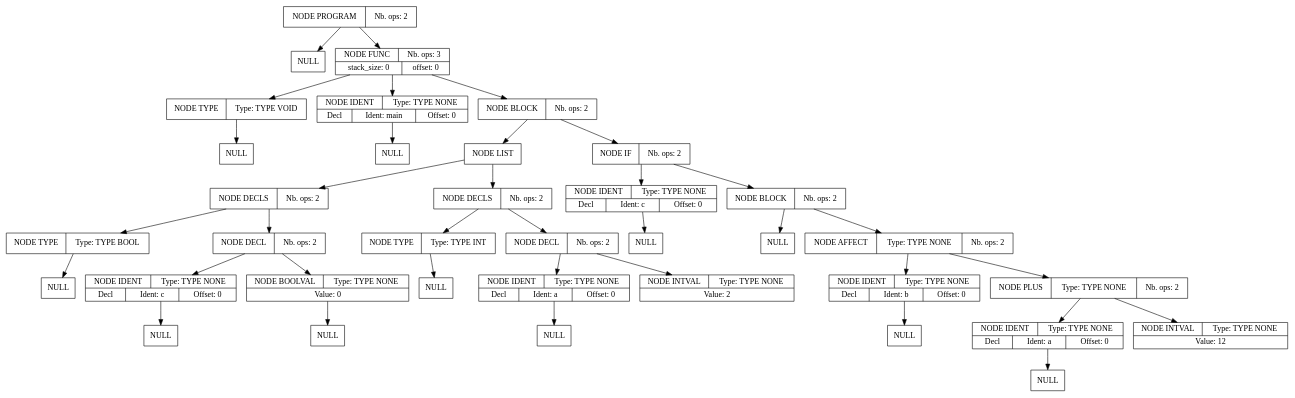
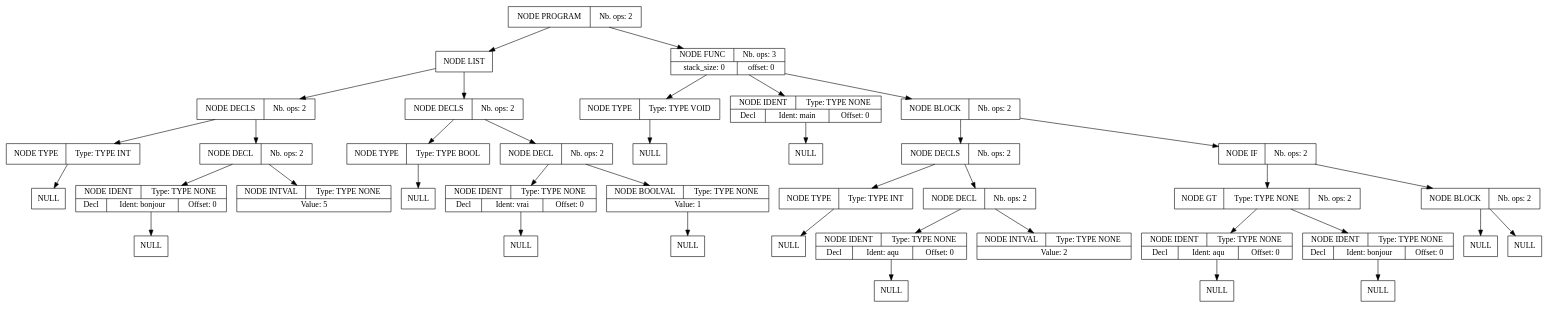
One commit to Harian-Elyoth/CompilateurMiniC changed the diagram in src/arbre_du_program.dot. Above: the diagram before and after it, drawn with Graphviz. The commit also changed 22 other files, not shown here.

```diff
--- a/src/arbre_du_program.dot
+++ b/src/arbre_du_program.dot
@@ -1,108 +1,117 @@
 digraph global_vars {
     N1 [shape=record, label="{{NODE PROGRAM|Nb. ops: 2}}"];
-    N2 [shape=record, label="{{NULL}}"];
-    edge[tailclip=true];
-    N1 -> N2
-    N3 [shape=record, label="{{NODE FUNC|Nb. ops: 3}|{stack_size: 0|offset: 0}}"];
-    N4 [shape=record, label="{{NODE TYPE|Type: TYPE VOID}}"];
+    N2 [shape=record, label="{{NODE LIST}}"];
+    N3 [shape=record, label="{{NODE DECLS|Nb. ops: 2}}"];
+    N4 [shape=record, label="{{NODE TYPE|Type: TYPE INT}}"];
     N5 [shape=record, label="{{NULL}}"];
     edge[tailclip=true];
     N4 -> N5
     edge[tailclip=true];
     N3 -> N4
-    N6 [shape=record, label="{{NODE IDENT|Type: TYPE NONE}|{<decl>Decl      |Ident: main|Offset: 0}}"];
-    N7 [shape=record, label="{{NULL}}"];
+    N6 [shape=record, label="{{NODE DECL|Nb. ops: 2}}"];
+    N7 [shape=record, label="{{NODE IDENT|Type: TYPE NONE}|{<decl>Decl      |Ident: bonjour|Offset: 0}}"];
+    N8 [shape=record, label="{{NULL}}"];
+    edge[tailclip=true];
+    N7 -> N8
     edge[tailclip=true];
     N6 -> N7
+    N9 [shape=record, label="{{NODE INTVAL|Type: TYPE NONE}|{Value: 5}}"];
+    edge[tailclip=true];
+    N6 -> N9
     edge[tailclip=true];
     N3 -> N6
-    N8 [shape=record, label="{{NODE BLOCK|Nb. ops: 2}}"];
-    N9 [shape=record, label="{{NODE LIST}}"];
+    edge[tailclip=true];
+    N2 -> N3
     N10 [shape=record, label="{{NODE DECLS|Nb. ops: 2}}"];
     N11 [shape=record, label="{{NODE TYPE|Type: TYPE BOOL}}"];
     N12 [shape=record, label="{{NULL}}"];
     edge[tailclip=true];
     N11 -> N12
     edge[tailclip=true];
     N10 -> N11
     N13 [shape=record, label="{{NODE DECL|Nb. ops: 2}}"];
-    N14 [shape=record, label="{{NODE IDENT|Type: TYPE NONE}|{<decl>Decl      |Ident: c|Offset: 0}}"];
+    N14 [shape=record, label="{{NODE IDENT|Type: TYPE NONE}|{<decl>Decl      |Ident: vrai|Offset: 0}}"];
     N15 [shape=record, label="{{NULL}}"];
     edge[tailclip=true];
     N14 -> N15
     edge[tailclip=true];
     N13 -> N14
-    N16 [shape=record, label="{{NODE BOOLVAL|Type: TYPE NONE}|{Value: 0}}"];
+    N16 [shape=record, label="{{NODE BOOLVAL|Type: TYPE NONE}|{Value: 1}}"];
     N17 [shape=record, label="{{NULL}}"];
     edge[tailclip=true];
     N16 -> N17
     edge[tailclip=true];
     N13 -> N16
     edge[tailclip=true];
     N10 -> N13
     edge[tailclip=true];
-    N9 -> N10
-    N18 [shape=record, label="{{NODE DECLS|Nb. ops: 2}}"];
-    N19 [shape=record, label="{{NODE TYPE|Type: TYPE INT}}"];
+    N2 -> N10
+    edge[tailclip=true];
+    N1 -> N2
+    N18 [shape=record, label="{{NODE FUNC|Nb. ops: 3}|{stack_size: 0|offset: 0}}"];
+    N19 [shape=record, label="{{NODE TYPE|Type: TYPE VOID}}"];
     N20 [shape=record, label="{{NULL}}"];
     edge[tailclip=true];
     N19 -> N20
     edge[tailclip=true];
     N18 -> N19
-    N21 [shape=record, label="{{NODE DECL|Nb. ops: 2}}"];
-    N22 [shape=record, label="{{NODE IDENT|Type: TYPE NONE}|{<decl>Decl      |Ident: a|Offset: 0}}"];
-    N23 [shape=record, label="{{NULL}}"];
-    edge[tailclip=true];
-    N22 -> N23
+    N21 [shape=record, label="{{NODE IDENT|Type: TYPE NONE}|{<decl>Decl      |Ident: main|Offset: 0}}"];
+    N22 [shape=record, label="{{NULL}}"];
     edge[tailclip=true];
     N21 -> N22
-    N24 [shape=record, label="{{NODE INTVAL|Type: TYPE NONE}|{Value: 2}}"];
-    edge[tailclip=true];
-    N21 -> N24
     edge[tailclip=true];
     N18 -> N21
-    edge[tailclip=true];
-    N9 -> N18
-    edge[tailclip=true];
-    N8 -> N9
-    N25 [shape=record, label="{{NODE IF|Nb. ops: 2}}"];
-    N26 [shape=record, label="{{NODE IDENT|Type: TYPE NONE}|{<decl>Decl      |Ident: c|Offset: 0}}"];
-    N27 [shape=record, label="{{NULL}}"];
-    edge[tailclip=true];
-    N26 -> N27
+    N23 [shape=record, label="{{NODE BLOCK|Nb. ops: 2}}"];
+    N24 [shape=record, label="{{NODE DECLS|Nb. ops: 2}}"];
+    N25 [shape=record, label="{{NODE TYPE|Type: TYPE INT}}"];
+    N26 [shape=record, label="{{NULL}}"];
     edge[tailclip=true];
     N25 -> N26
-    N28 [shape=record, label="{{NODE BLOCK|Nb. ops: 2}}"];
+    edge[tailclip=true];
+    N24 -> N25
+    N27 [shape=record, label="{{NODE DECL|Nb. ops: 2}}"];
+    N28 [shape=record, label="{{NODE IDENT|Type: TYPE NONE}|{<decl>Decl      |Ident: aqu|Offset: 0}}"];
     N29 [shape=record, label="{{NULL}}"];
     edge[tailclip=true];
     N28 -> N29
-    N30 [shape=record, label="{{NODE AFFECT|Type: TYPE NONE|Nb. ops: 2}}"];
-    N31 [shape=record, label="{{NODE IDENT|Type: TYPE NONE}|{<decl>Decl      |Ident: b|Offset: 0}}"];
-    N32 [shape=record, label="{{NULL}}"];
+    edge[tailclip=true];
+    N27 -> N28
+    N30 [shape=record, label="{{NODE INTVAL|Type: TYPE NONE}|{Value: 2}}"];
+    edge[tailclip=true];
+    N27 -> N30
+    edge[tailclip=true];
+    N24 -> N27
+    edge[tailclip=true];
+    N23 -> N24
+    N31 [shape=record, label="{{NODE IF|Nb. ops: 2}}"];
+    N32 [shape=record, label="{{NODE GT|Type: TYPE NONE|Nb. ops: 2}}"];
+    N33 [shape=record, label="{{NODE IDENT|Type: TYPE NONE}|{<decl>Decl      |Ident: aqu|Offset: 0}}"];
+    N34 [shape=record, label="{{NULL}}"];
+    edge[tailclip=true];
+    N33 -> N34
+    edge[tailclip=true];
+    N32 -> N33
+    N35 [shape=record, label="{{NODE IDENT|Type: TYPE NONE}|{<decl>Decl      |Ident: bonjour|Offset: 0}}"];
+    N36 [shape=record, label="{{NULL}}"];
+    edge[tailclip=true];
+    N35 -> N36
+    edge[tailclip=true];
+    N32 -> N35
     edge[tailclip=true];
     N31 -> N32
+    N37 [shape=record, label="{{NODE BLOCK|Nb. ops: 2}}"];
+    N38 [shape=record, label="{{NULL}}"];
     edge[tailclip=true];
-    N30 -> N31
-    N33 [shape=record, label="{{NODE PLUS|Type: TYPE NONE|Nb. ops: 2}}"];
-    N34 [shape=record, label="{{NODE IDENT|Type: TYPE NONE}|{<decl>Decl      |Ident: a|Offset: 0}}"];
-    N35 [shape=record, label="{{NULL}}"];
+    N37 -> N38
+    N39 [shape=record, label="{{NULL}}"];
     edge[tailclip=true];
-    N34 -> N35
+    N37 -> N39
     edge[tailclip=true];
-    N33 -> N34
-    N36 [shape=record, label="{{NODE INTVAL|Type: TYPE NONE}|{Value: 12}}"];
+    N31 -> N37
     edge[tailclip=true];
-    N33 -> N36
+    N23 -> N31
     edge[tailclip=true];
-    N30 -> N33
+    N18 -> N23
     edge[tailclip=true];
-    N28 -> N30
-    edge[tailclip=true];
-    N25 -> N28
-    edge[tailclip=true];
-    N8 -> N25
-    edge[tailclip=true];
-    N3 -> N8
-    edge[tailclip=true];
-    N1 -> N3
+    N1 -> N18
 }
```
